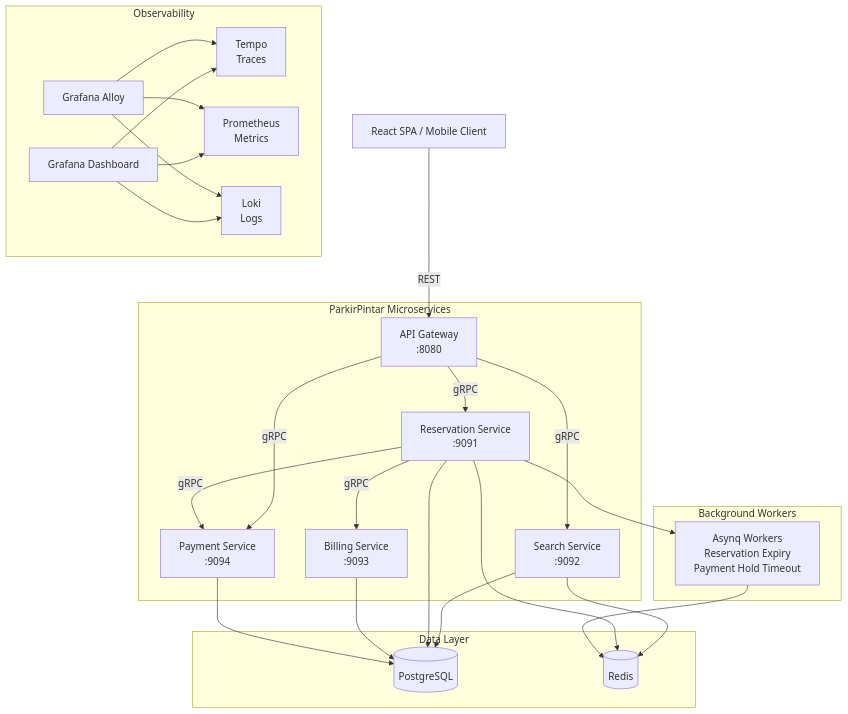
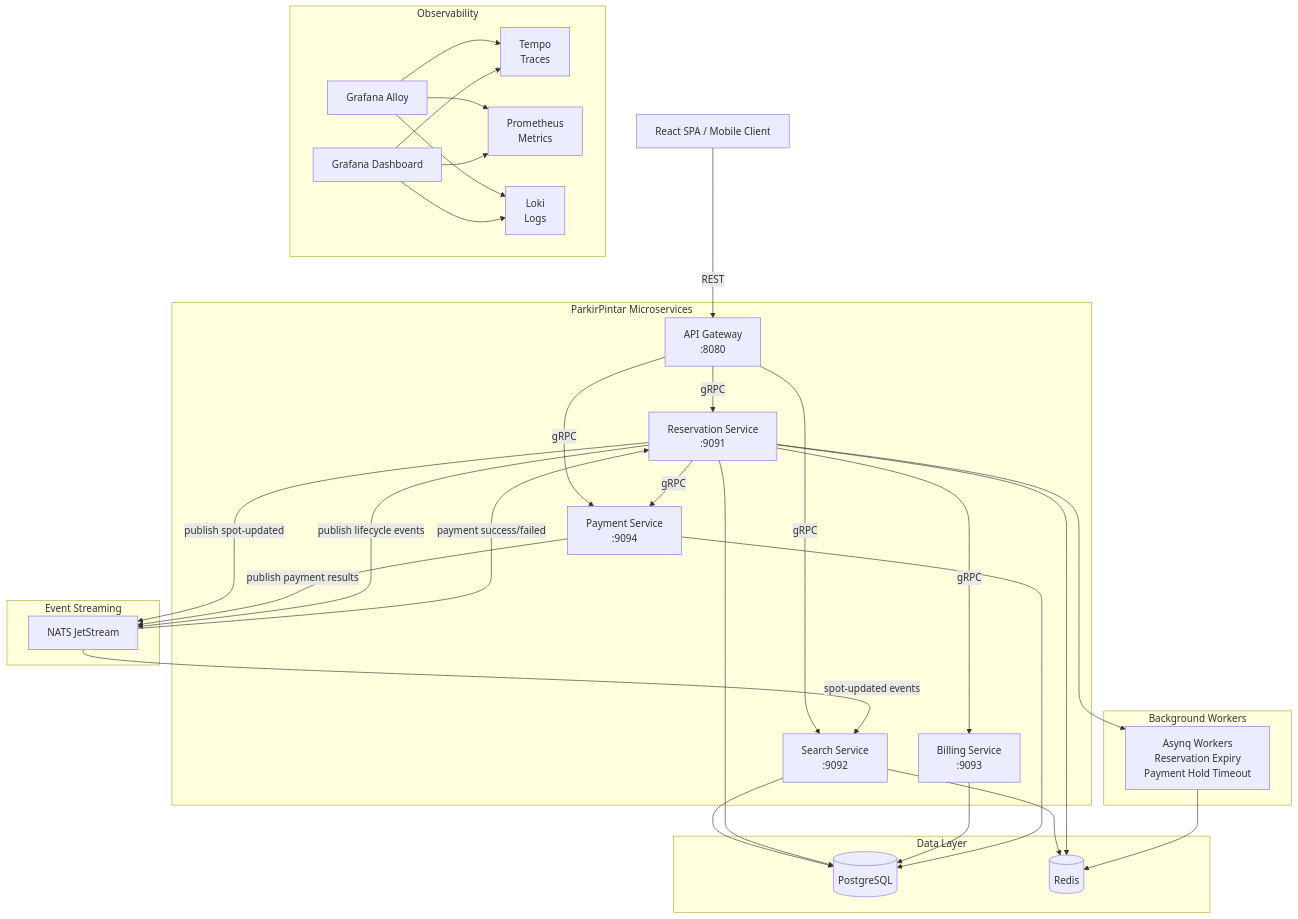
One commit to piresc/parkir-pintar changed the first of 10 diagrams in README.md. Above: the diagram before and after it, drawn with Mermaid. The commit also changed other lines of this file and 8 other files, not shown here.

First line of the commit message:
docs: update README with NATS JetStream, fix swagger, resolve SonarQube issues

````diff
--- a/README.md
+++ b/README.md
@@ -35,41 +35,51 @@
 ```mermaid
 graph TB
     Client[React SPA / Mobile Client] -->|REST| GW[API Gateway<br/>:8080]
 
     subgraph ParkirPintar Microservices
         GW -->|gRPC| SEARCH[Search Service<br/>:9092]
         GW -->|gRPC| RESERVE[Reservation Service<br/>:9091]
         GW -->|gRPC| PAYMENT[Payment Service<br/>:9094]
 
         RESERVE -->|gRPC| BILLING[Billing Service<br/>:9093]
         RESERVE -->|gRPC| PAYMENT
     end
+
+    subgraph Event Streaming
+        NATS[NATS JetStream]
+    end
+
+    RESERVE -->|publish spot-updated| NATS
+    NATS -->|spot-updated events| SEARCH
+    PAYMENT -->|publish payment results| NATS
+    NATS -->|payment success/failed| RESERVE
+    RESERVE -->|publish lifecycle events| NATS
 
     subgraph Data Layer
         PG[(PostgreSQL)]
         RD[(Redis)]
     end
 
     subgraph Background Workers
         ASYNQ[Asynq Workers<br/>Reservation Expiry<br/>Payment Hold Timeout]
     end
 
     SEARCH --> PG
     SEARCH --> RD
     RESERVE --> PG
     RESERVE --> RD
     RESERVE --> ASYNQ
     ASYNQ --> RD
     BILLING --> PG
     PAYMENT --> PG
 
     subgraph Observability
         ALLOY[Grafana Alloy] --> TEMPO[Tempo<br/>Traces]
         ALLOY --> PROM[Prometheus<br/>Metrics]
         ALLOY --> LOKI[Loki<br/>Logs]
         GRAFANA[Grafana Dashboard]
         GRAFANA --> TEMPO
         GRAFANA --> PROM
         GRAFANA --> LOKI
     end
 ```
````
